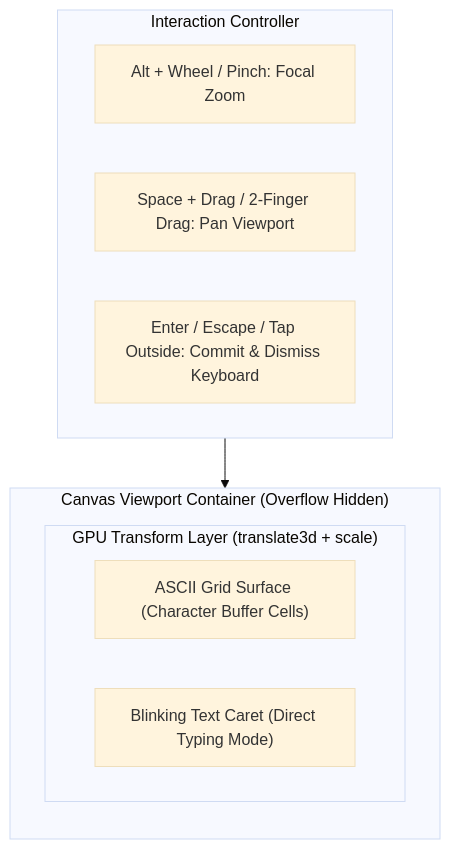
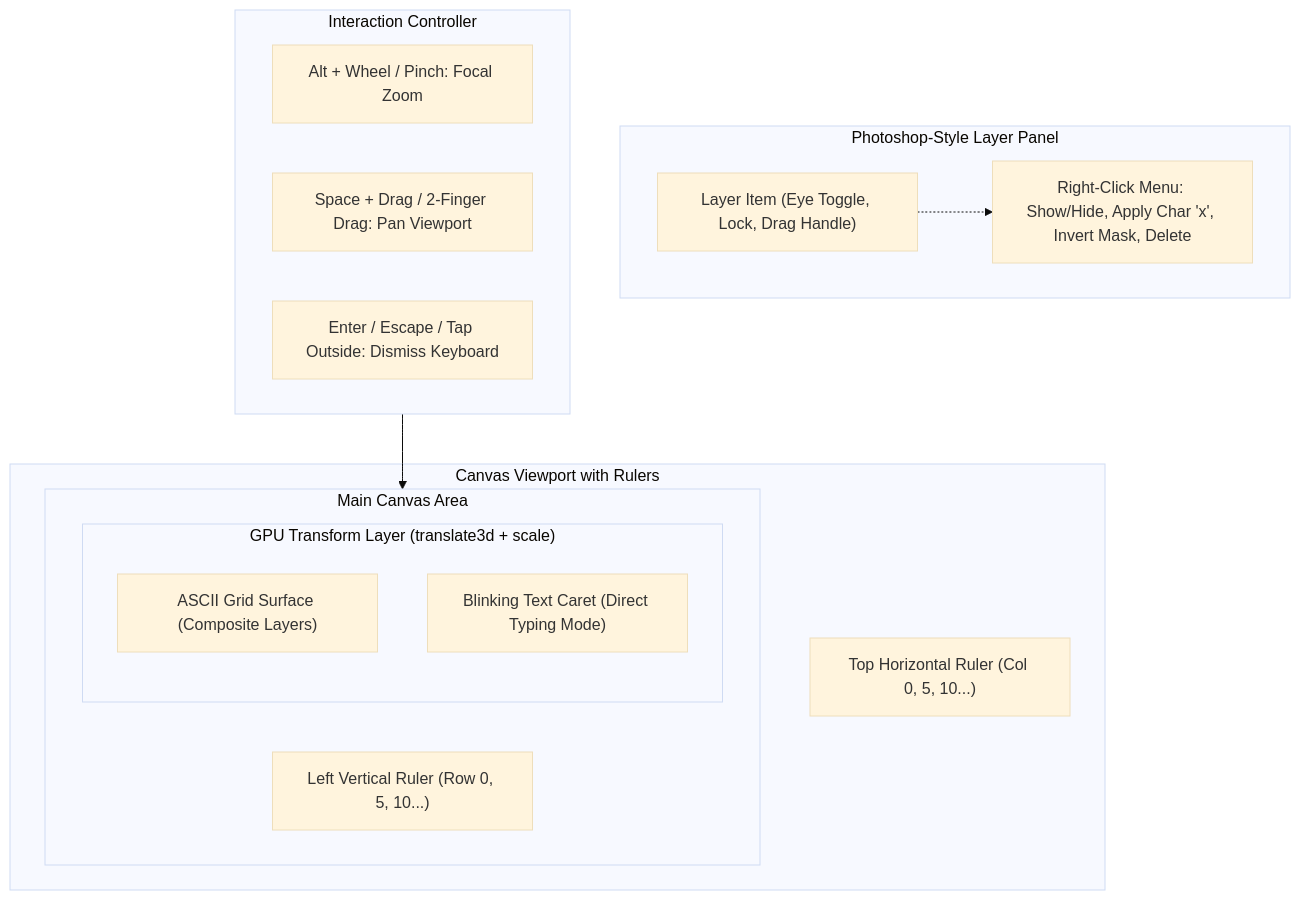
One commit to pakcli/panel changed the diagram in docs/brief-asciidraw-photoshop-controls-and-mobile-typing.md. Above: the diagram before and after it, drawn with Mermaid (base theme). The commit also changed other lines of this file, not shown here.

Commit message:
docs(panel): expand asciidraw brief with rulers, snap, and layer context menu

````diff
--- a/docs/brief-asciidraw-photoshop-controls-and-mobile-typing.md
+++ b/docs/brief-asciidraw-photoshop-controls-and-mobile-typing.md
@@ -70,18 +92,28 @@
 ```mermaid
 flowchart TD
-    subgraph ViewportContainer ["Canvas Viewport Container (Overflow Hidden)"]
-        direction TB
-        subgraph TransformWrapper ["GPU Transform Layer (translate3d + scale)"]
-            GridSurface["ASCII Grid Surface (Character Buffer Cells)"]
-            InlineCaret["Blinking Text Caret (Direct Typing Mode)"]
+    subgraph ViewportArea ["Canvas Viewport with Rulers"]
+        TopRuler["Top Horizontal Ruler (Col 0, 5, 10...)"]
+        subgraph CanvasRow ["Main Canvas Area"]
+            direction LR
+            LeftRuler["Left Vertical Ruler (Row 0, 5, 10...)"]
+            subgraph TransformWrapper ["GPU Transform Layer (translate3d + scale)"]
+                GridSurface["ASCII Grid Surface (Composite Layers)"]
+                InlineCaret["Blinking Text Caret (Direct Typing Mode)"]
+            end
         end
+    end
+
+    subgraph LayerSidebar ["Photoshop-Style Layer Panel"]
+        LayerRow["Layer Item (Eye Toggle, Lock, Drag Handle)"]
+        ContextMenu["Right-Click Menu: Show/Hide, Apply Char 'x', Invert Mask, Delete"]
     end
 
     subgraph InputControls ["Interaction Controller"]
         WheelHandler["Alt + Wheel / Pinch: Focal Zoom"]
         PanHandler["Space + Drag / 2-Finger Drag: Pan Viewport"]
-        TextCommit["Enter / Escape / Tap Outside: Commit & Dismiss Keyboard"]
+        TextCommit["Enter / Escape / Tap Outside: Dismiss Keyboard"]
     end
 
+    LayerRow -.-> ContextMenu
     InputControls --> TransformWrapper
 ```
````
